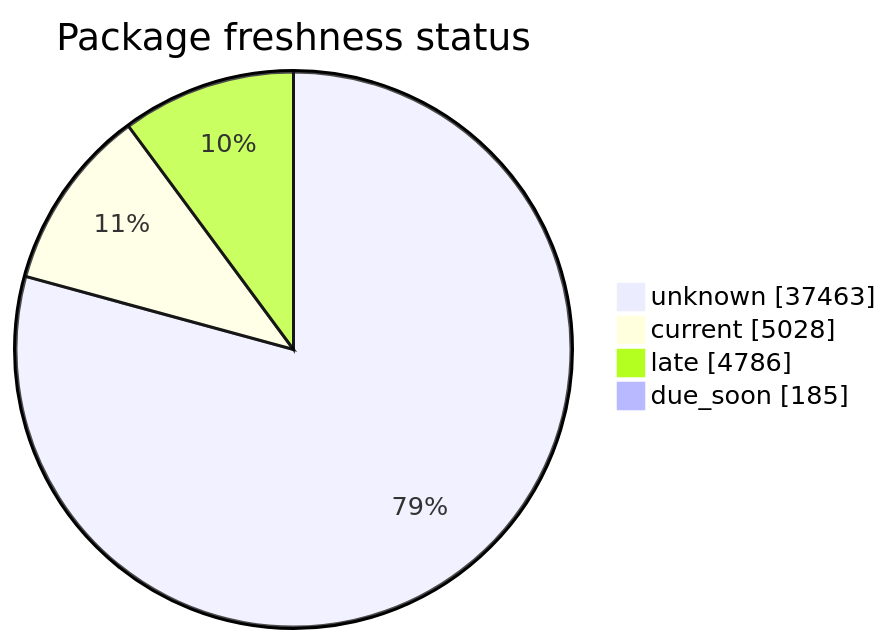
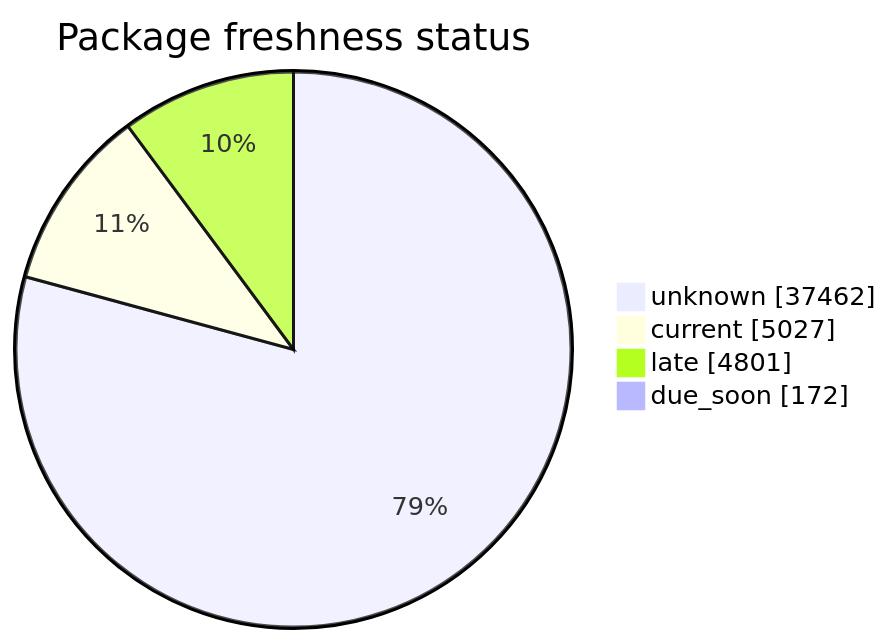
Before and after one commit to open-data/analytics-corporate-reporting: the second of 5 diagrams in FreshCheck/README.md, drawn with Mermaid. The commit also changed other lines of this file and 3 other files, not shown here.

````diff
--- a/FreshCheck/README.md
+++ b/FreshCheck/README.md
@@ -69,7 +69,7 @@
 ```mermaid
 pie showData title Package freshness status
-    "unknown": 37463
-    "current": 5028
-    "late": 4786
-    "due_soon": 185
+    "unknown": 37462
+    "current": 5027
+    "late": 4801
+    "due_soon": 172
 ```
````
